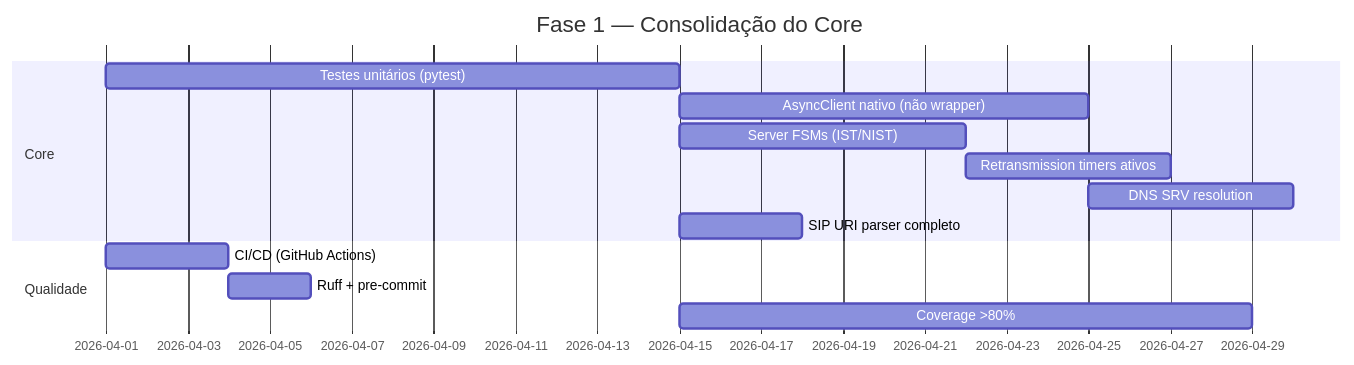
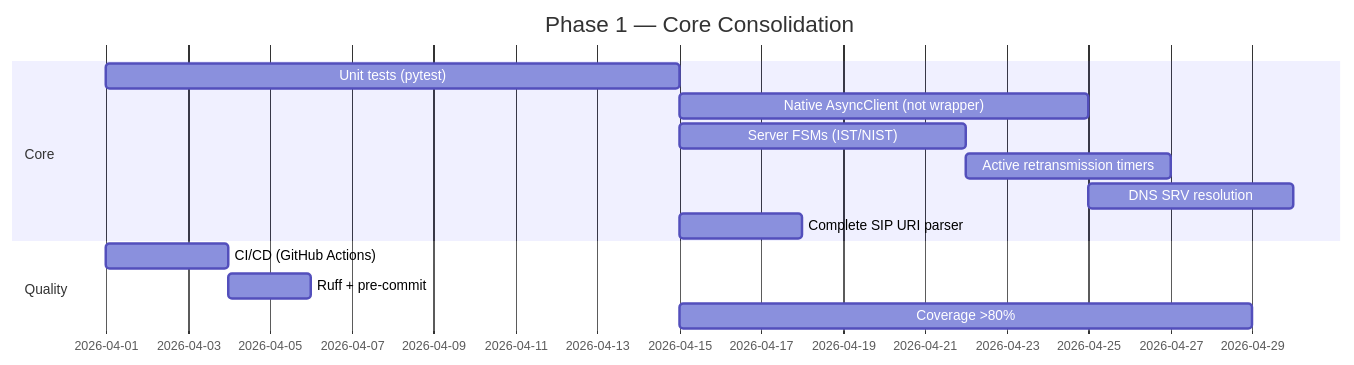
One commit to oornnery/sipx changed diagram 13 of 16 in docs/SDD.md. Above: the diagram before and after it, drawn with Mermaid. The commit also changed other lines of this file and 3 other files, not shown here.

````diff
--- a/docs/SDD.md
+++ b/docs/SDD.md
@@ -882,16 +884,16 @@
 ```mermaid
 gantt
-    title Fase 1 — Consolidação do Core
+    title Phase 1 — Core Consolidation
     dateFormat YYYY-MM-DD
     section Core
-        Testes unitários (pytest)               :t1, 2026-04-01, 14d
-        AsyncClient nativo (não wrapper)         :t2, after t1, 10d
+        Unit tests (pytest)                     :t1, 2026-04-01, 14d
+        Native AsyncClient (not wrapper)         :t2, after t1, 10d
         Server FSMs (IST/NIST)                   :t3, after t1, 7d
-        Retransmission timers ativos             :t4, after t3, 5d
+        Active retransmission timers             :t4, after t3, 5d
         DNS SRV resolution                       :t5, after t2, 5d
-        SIP URI parser completo                  :t6, after t1, 3d
-    section Qualidade
+        Complete SIP URI parser                  :t6, after t1, 3d
+    section Quality
         CI/CD (GitHub Actions)                   :q1, 2026-04-01, 3d
         Ruff + pre-commit                        :q2, after q1, 2d
         Coverage >80%                            :q3, after t1, 14d
 ```
````
